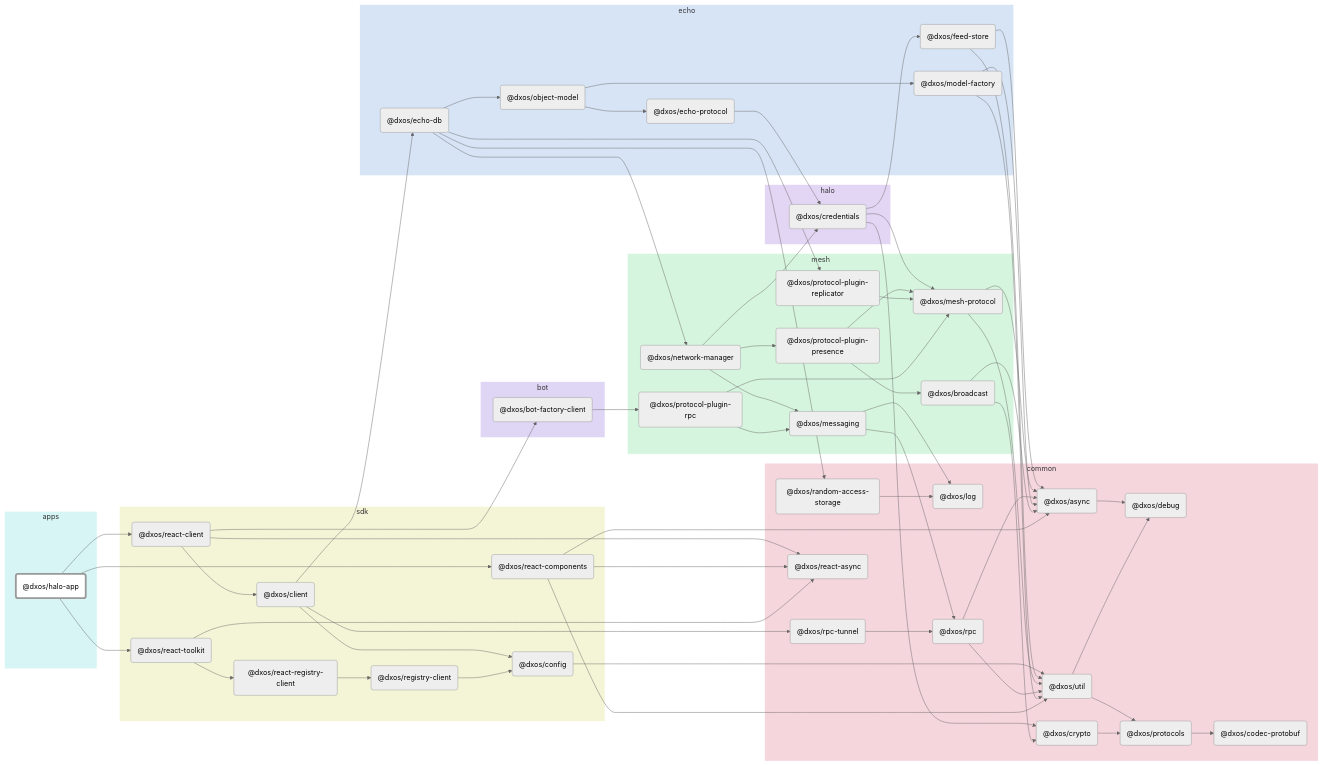
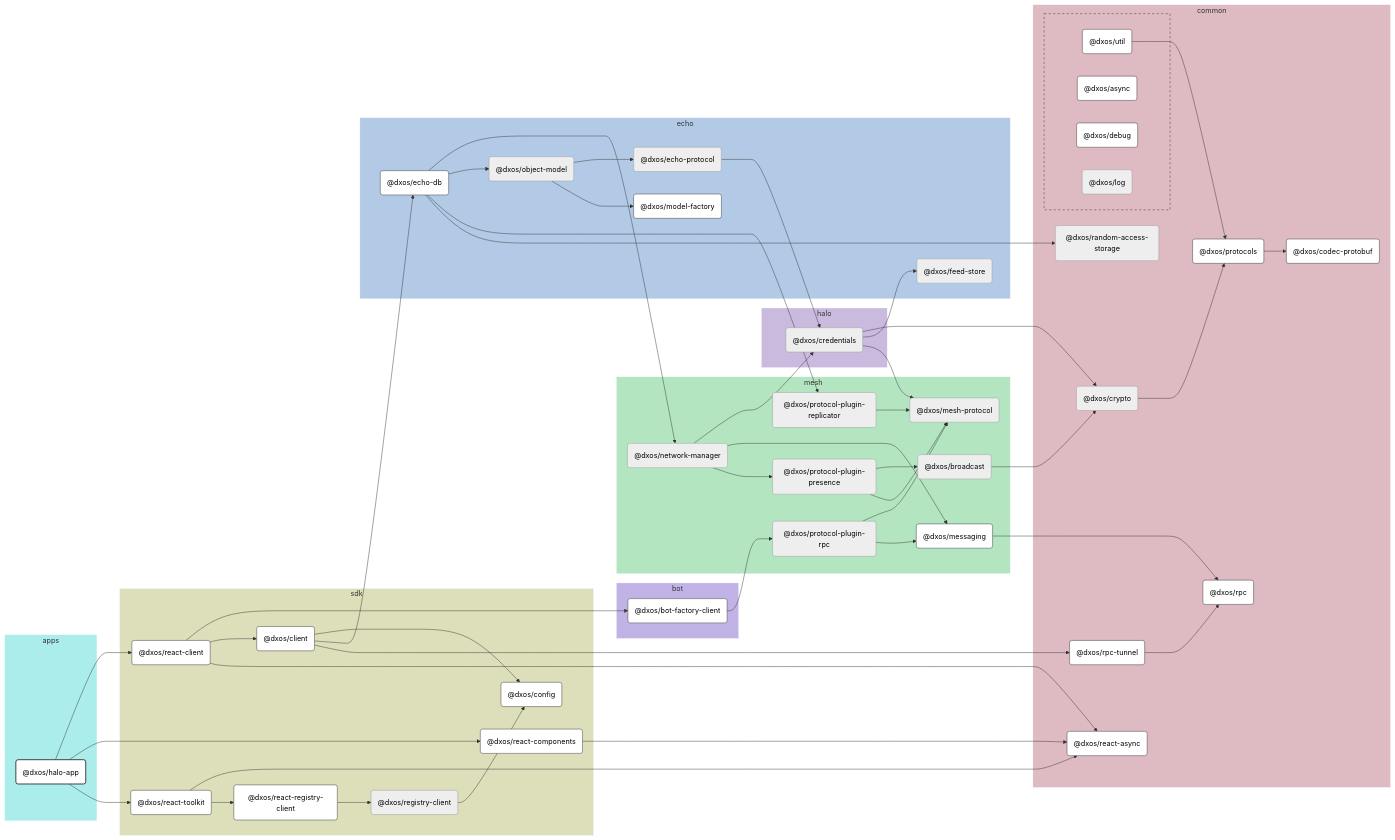
Before and after one commit to dxos/dxos: the diagram in apps/halo/docs/README.md, drawn with Mermaid (neutral theme). The commit also changed 100 other files, not shown here.

````diff
--- a/apps/halo/docs/README.md
+++ b/apps/halo/docs/README.md
@@ -7,141 +7,167 @@
 ```mermaid
-flowchart LR;
+%%{ init: {'flowchart':{'curve':'basis'}} }%%
 
-style dxos/halo-app fill:#fff,stroke-width:4px;
+flowchart LR
 
-click dxos/client "https:/github.com/dxos/dxos/tree/main/packages/sdk/client/docs";
-click dxos/async "https:/github.com/dxos/dxos/tree/main/packages/common/async/docs";
-click dxos/codec-protobuf "https:/github.com/dxos/dxos/tree/main/packages/common/codec-protobuf/docs";
-click dxos/config "https:/github.com/dxos/dxos/tree/main/packages/sdk/config/docs";
-click dxos/debug "https:/github.com/dxos/dxos/tree/main/packages/common/debug/docs";
-click dxos/echo-db "https:/github.com/dxos/dxos/tree/main/packages/echo/echo-db/docs";
-click dxos/model-factory "https:/github.com/dxos/dxos/tree/main/packages/echo/model-factory/docs";
-click dxos/protocols "https:/github.com/dxos/dxos/tree/main/packages/common/protocols/docs";
-click dxos/rpc "https:/github.com/dxos/dxos/tree/main/packages/common/rpc/docs";
-click dxos/rpc-tunnel "https:/github.com/dxos/dxos/tree/main/packages/common/rpc-tunnel/docs";
-click dxos/messaging "https:/github.com/dxos/dxos/tree/main/packages/mesh/messaging/docs";
-click dxos/util "https:/github.com/dxos/dxos/tree/main/packages/common/util/docs";
-click dxos/react-async "https:/github.com/dxos/dxos/tree/main/packages/common/react-async/docs";
-click dxos/react-client "https:/github.com/dxos/dxos/tree/main/packages/sdk/react-client/docs";
-click dxos/bot-factory-client "https:/github.com/dxos/dxos/tree/main/packages/bot/bot-factory-client/docs";
-click dxos/react-components "https:/github.com/dxos/dxos/tree/main/packages/sdk/react-components/docs";
-click dxos/react-toolkit "https:/github.com/dxos/dxos/tree/main/packages/sdk/react-toolkit/docs";
-click dxos/react-registry-client "https:/github.com/dxos/dxos/tree/main/packages/sdk/react-registry-client/docs";
+%% Links
+dxos/bot-factory-client --> dxos/protocol-plugin-rpc;
+dxos/broadcast --> dxos/crypto;
+dxos/client --> dxos/config;
+dxos/client --> dxos/echo-db;
+dxos/client --> dxos/rpc-tunnel;
+dxos/credentials --> dxos/crypto;
+dxos/credentials --> dxos/feed-store;
+dxos/credentials --> dxos/mesh-protocol;
+dxos/crypto --> dxos/protocols;
+dxos/echo-db --> dxos/network-manager;
+dxos/echo-db --> dxos/object-model;
+dxos/echo-db --> dxos/protocol-plugin-replicator;
+dxos/echo-db --> dxos/random-access-storage;
+dxos/echo-protocol --> dxos/credentials;
+dxos/halo-app --> dxos/react-client;
+dxos/halo-app --> dxos/react-components;
+dxos/halo-app --> dxos/react-toolkit;
+dxos/messaging --> dxos/rpc;
+dxos/network-manager --> dxos/credentials;
+dxos/network-manager --> dxos/messaging;
+dxos/network-manager --> dxos/protocol-plugin-presence;
+dxos/object-model --> dxos/echo-protocol;
+dxos/object-model --> dxos/model-factory;
+dxos/protocol-plugin-presence --> dxos/broadcast;
+dxos/protocol-plugin-presence --> dxos/mesh-protocol;
+dxos/protocol-plugin-replicator --> dxos/mesh-protocol;
+dxos/protocol-plugin-rpc --> dxos/mesh-protocol;
+dxos/protocol-plugin-rpc --> dxos/messaging;
+dxos/protocols --> dxos/codec-protobuf;
+dxos/react-client --> dxos/bot-factory-client;
+dxos/react-client --> dxos/client;
+dxos/react-client --> dxos/react-async;
+dxos/react-components --> dxos/react-async;
+dxos/react-registry-client --> dxos/registry-client;
+dxos/react-toolkit --> dxos/react-async;
+dxos/react-toolkit --> dxos/react-registry-client;
+dxos/registry-client --> dxos/config;
+dxos/rpc-tunnel --> dxos/rpc;
+dxos/util --> dxos/protocols;
 
+%% Sections
 subgraph apps
-  style apps fill:#d6f5f4,stroke:#fff;
-  dxos/halo-app("@dxos/halo-app");
+  style apps fill:#abedeb,stroke:#fff;
+
+  dxos/halo-app("@dxos/halo-app")
 end
 
 subgraph sdk
-  style sdk fill:#f4f5d6,stroke:#fff;
-  dxos/client("@dxos/client");
-  dxos/config("@dxos/config");
-  dxos/react-client("@dxos/react-client");
-  dxos/react-components("@dxos/react-components");
-  dxos/react-toolkit("@dxos/react-toolkit");
-  dxos/react-registry-client("@dxos/react-registry-client");
-  dxos/registry-client("@dxos/registry-client");
+  style sdk fill:#dddeba,stroke:#fff;
+
+  dxos/client("@dxos/client")
+  dxos/config("@dxos/config")
+  dxos/react-client("@dxos/react-client")
+  dxos/react-components("@dxos/react-components")
+  dxos/react-registry-client("@dxos/react-registry-client")
+  dxos/react-toolkit("@dxos/react-toolkit")
+  dxos/registry-client("@dxos/registry-client")
 end
 
 subgraph common
-  style common fill:#f5d6dd,stroke:#fff;
-  dxos/async("@dxos/async");
-  dxos/debug("@dxos/debug");
-  dxos/codec-protobuf("@dxos/codec-protobuf");
-  dxos/protocols("@dxos/protocols");
-  dxos/util("@dxos/util");
-  dxos/log("@dxos/log");
-  dxos/crypto("@dxos/crypto");
-  dxos/rpc("@dxos/rpc");
-  dxos/random-access-storage("@dxos/random-access-storage");
-  dxos/rpc-tunnel("@dxos/rpc-tunnel");
-  dxos/react-async("@dxos/react-async");
+  style common fill:#debac2,stroke:#fff;
+
+  dxos/codec-protobuf("@dxos/codec-protobuf")
+  dxos/crypto("@dxos/crypto")
+  dxos/protocols("@dxos/protocols")
+  dxos/random-access-storage("@dxos/random-access-storage")
+  dxos/react-async("@dxos/react-async")
+  dxos/rpc("@dxos/rpc")
+  dxos/rpc-tunnel("@dxos/rpc-tunnel")
+
+  subgraph common-excluded [ ]
+    style common-excluded fill:#debac2,stroke:#333,stroke-dasharray:5 5;
+
+    dxos/async("@dxos/async")
+    dxos/debug("@dxos/debug")
+    dxos/log("@dxos/log")
+    dxos/util("@dxos/util")
+  end
 end
 
 subgraph echo
-  style echo fill:#d6e4f5,stroke:#fff;
-  dxos/echo-db("@dxos/echo-db");
-  dxos/feed-store("@dxos/feed-store");
-  dxos/echo-protocol("@dxos/echo-protocol");
-  dxos/model-factory("@dxos/model-factory");
-  dxos/object-model("@dxos/object-model");
+  style echo fill:#b3cae6,stroke:#fff;
+
+  dxos/echo-db("@dxos/echo-db")
+  dxos/echo-protocol("@dxos/echo-protocol")
+  dxos/feed-store("@dxos/feed-store")
+  dxos/model-factory("@dxos/model-factory")
+  dxos/object-model("@dxos/object-model")
 end
 
 subgraph halo
-  style halo fill:#e3d6f5,stroke:#fff;
-  dxos/credentials("@dxos/credentials");
+  style halo fill:#cabade,stroke:#fff;
+
+  dxos/credentials("@dxos/credentials")
 end
 
 subgraph mesh
-  style mesh fill:#d6f5de,stroke:#fff;
-  dxos/mesh-protocol("@dxos/mesh-protocol");
-  dxos/messaging("@dxos/messaging");
-  dxos/network-manager("@dxos/network-manager");
-  dxos/protocol-plugin-presence("@dxos/protocol-plugin-presence");
-  dxos/broadcast("@dxos/broadcast");
-  dxos/protocol-plugin-replicator("@dxos/protocol-plugin-replicator");
-  dxos/protocol-plugin-rpc("@dxos/protocol-plugin-rpc");
+  style mesh fill:#b3e6c0,stroke:#fff;
+
+  dxos/broadcast("@dxos/broadcast")
+  dxos/mesh-protocol("@dxos/mesh-protocol")
+  dxos/messaging("@dxos/messaging")
+  dxos/network-manager("@dxos/network-manager")
+  dxos/protocol-plugin-presence("@dxos/protocol-plugin-presence")
+  dxos/protocol-plugin-replicator("@dxos/protocol-plugin-replicator")
+  dxos/protocol-plugin-rpc("@dxos/protocol-plugin-rpc")
 end
 
 subgraph bot
-  style bot fill:#dfd6f5,stroke:#fff;
-  dxos/bot-factory-client("@dxos/bot-factory-client");
+  style bot fill:#c2b3e6,stroke:#fff;
+
+  dxos/bot-factory-client("@dxos/bot-factory-client")
 end
 
-dxos/async --> dxos/debug;
-dxos/client --> dxos/config;
-dxos/protocols --> dxos/codec-protobuf;
-dxos/config --> dxos/util;
-dxos/util --> dxos/debug;
-dxos/util --> dxos/protocols;
-dxos/client --> dxos/echo-db;
-dxos/credentials --> dxos/crypto;
-dxos/crypto --> dxos/protocols;
-dxos/credentials --> dxos/feed-store;
-dxos/feed-store --> dxos/async;
-dxos/feed-store --> dxos/util;
-dxos/credentials --> dxos/mesh-protocol;
-dxos/mesh-protocol --> dxos/async;
-dxos/mesh-protocol --> dxos/util;
-dxos/echo-protocol --> dxos/credentials;
-dxos/messaging --> dxos/log;
-dxos/messaging --> dxos/rpc;
-dxos/rpc --> dxos/async;
-dxos/rpc --> dxos/util;
-dxos/model-factory --> dxos/async;
-dxos/model-factory --> dxos/util;
-dxos/echo-db --> dxos/network-manager;
-dxos/network-manager --> dxos/credentials;
-dxos/network-manager --> dxos/messaging;
-dxos/network-manager --> dxos/protocol-plugin-presence;
-dxos/protocol-plugin-presence --> dxos/broadcast;
-dxos/broadcast --> dxos/async;
-dxos/broadcast --> dxos/crypto;
-dxos/protocol-plugin-presence --> dxos/mesh-protocol;
-dxos/echo-db --> dxos/object-model;
-dxos/object-model --> dxos/echo-protocol;
-dxos/object-model --> dxos/model-factory;
-dxos/echo-db --> dxos/protocol-plugin-replicator;
-dxos/protocol-plugin-replicator --> dxos/mesh-protocol;
-dxos/echo-db --> dxos/random-access-storage;
-dxos/random-access-storage --> dxos/log;
-dxos/client --> dxos/rpc-tunnel;
-dxos/rpc-tunnel --> dxos/rpc;
-dxos/halo-app --> dxos/react-client;
-dxos/react-client --> dxos/bot-factory-client;
-dxos/bot-factory-client --> dxos/protocol-plugin-rpc;
-dxos/protocol-plugin-rpc --> dxos/messaging;
-dxos/protocol-plugin-rpc --> dxos/mesh-protocol;
-dxos/react-client --> dxos/client;
-dxos/react-client --> dxos/react-async;
-dxos/halo-app --> dxos/react-components;
-dxos/react-components --> dxos/async;
-dxos/react-components --> dxos/react-async;
-dxos/react-components --> dxos/util;
-dxos/halo-app --> dxos/react-toolkit;
-dxos/react-toolkit --> dxos/react-async;
-dxos/react-toolkit --> dxos/react-registry-client;
-dxos/react-registry-client --> dxos/registry-client;
-dxos/registry-client --> dxos/config;
+
+%% Hyperlinks
+click dxos/async href "https:/github.com/dxos/dxos/tree/main/packages/common/async/docs";
+click dxos/bot-factory-client href "https:/github.com/dxos/dxos/tree/main/packages/bot/bot-factory-client/docs";
+click dxos/client href "https:/github.com/dxos/dxos/tree/main/packages/sdk/client/docs";
+click dxos/codec-protobuf href "https:/github.com/dxos/dxos/tree/main/packages/common/codec-protobuf/docs";
+click dxos/config href "https:/github.com/dxos/dxos/tree/main/packages/sdk/config/docs";
+click dxos/debug href "https:/github.com/dxos/dxos/tree/main/packages/common/debug/docs";
+click dxos/echo-db href "https:/github.com/dxos/dxos/tree/main/packages/echo/echo-db/docs";
+click dxos/messaging href "https:/github.com/dxos/dxos/tree/main/packages/mesh/messaging/docs";
+click dxos/model-factory href "https:/github.com/dxos/dxos/tree/main/packages/echo/model-factory/docs";
+click dxos/protocols href "https:/github.com/dxos/dxos/tree/main/packages/common/protocols/docs";
+click dxos/react-async href "https:/github.com/dxos/dxos/tree/main/packages/common/react-async/docs";
+click dxos/react-client href "https:/github.com/dxos/dxos/tree/main/packages/sdk/react-client/docs";
+click dxos/react-components href "https:/github.com/dxos/dxos/tree/main/packages/sdk/react-components/docs";
+click dxos/react-registry-client href "https:/github.com/dxos/dxos/tree/main/packages/sdk/react-registry-client/docs";
+click dxos/react-toolkit href "https:/github.com/dxos/dxos/tree/main/packages/sdk/react-toolkit/docs";
+click dxos/rpc href "https:/github.com/dxos/dxos/tree/main/packages/common/rpc/docs";
+click dxos/rpc-tunnel href "https:/github.com/dxos/dxos/tree/main/packages/common/rpc-tunnel/docs";
+click dxos/util href "https:/github.com/dxos/dxos/tree/main/packages/common/util/docs";
+
+%% Styles
+classDef rootNode fill:#fff,stroke:#333,stroke-width:2px
+classDef defaultNode fill:#fff,stroke:#333,stroke-width:1px
+linkStyle default stroke:#333,stroke-width:1px
+
+dxos/halo-app:::rootNode
+
+dxos/async:::defaultNode
+dxos/bot-factory-client:::defaultNode
+dxos/client:::defaultNode
+dxos/codec-protobuf:::defaultNode
+dxos/config:::defaultNode
+dxos/debug:::defaultNode
+dxos/echo-db:::defaultNode
+dxos/messaging:::defaultNode
+dxos/model-factory:::defaultNode
+dxos/protocols:::defaultNode
+dxos/react-async:::defaultNode
+dxos/react-client:::defaultNode
+dxos/react-components:::defaultNode
+dxos/react-registry-client:::defaultNode
+dxos/react-toolkit:::defaultNode
+dxos/rpc:::defaultNode
+dxos/rpc-tunnel:::defaultNode
+dxos/util:::defaultNode
 ```
````
